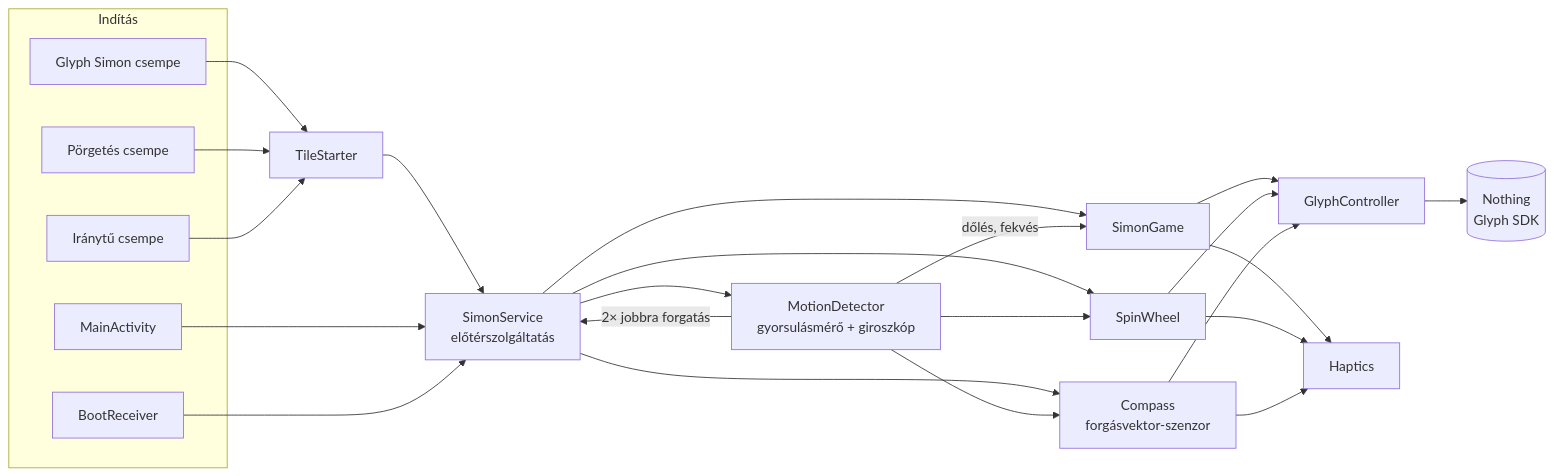
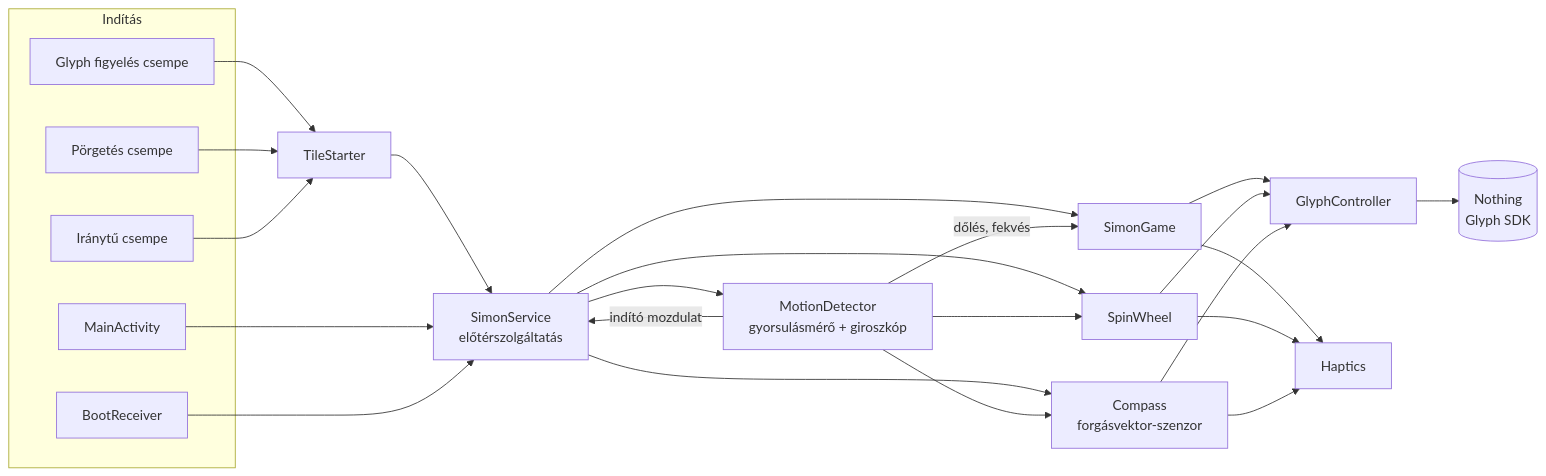
The first of 2 diagrams in README.md (bluffer3333/GlyphEggs), drawn with Mermaid before and after one commit. The commit also changed other lines of this file and 1 other file, not shown here.

````diff
--- a/README.md
+++ b/README.md
@@ -206,37 +310,37 @@
 ```mermaid
 flowchart LR
     subgraph Indítás
-        T1[Glyph Simon csempe]
+        T1[Glyph figyelés csempe]
         T2[Pörgetés csempe]
         T3[Iránytű csempe]
         APP[MainActivity]
         BOOT[BootReceiver]
     end
 
     T1 --> TS[TileStarter]
     T2 --> TS
     T3 --> TS
     TS --> SVC
     APP --> SVC
     BOOT --> SVC
 
     SVC[SimonService<br/>előtérszolgáltatás]
 
     SVC --> MD[MotionDetector<br/>gyorsulásmérő + giroszkóp]
     SVC --> G[SimonGame]
     SVC --> S[SpinWheel]
     SVC --> C[Compass<br/>forgásvektor-szenzor]
 
-    MD -- "2× jobbra forgatás" --> SVC
+    MD -- "indító mozdulat" --> SVC
     MD -- "dőlés, fekvés" --> G
     MD --> S
     MD --> C
 
     G --> GC[GlyphController]
     S --> GC
     C --> GC
     G --> H[Haptics]
     S --> H
     C --> H
     GC --> SDK[(Nothing<br/>Glyph SDK)]
 ```
````
